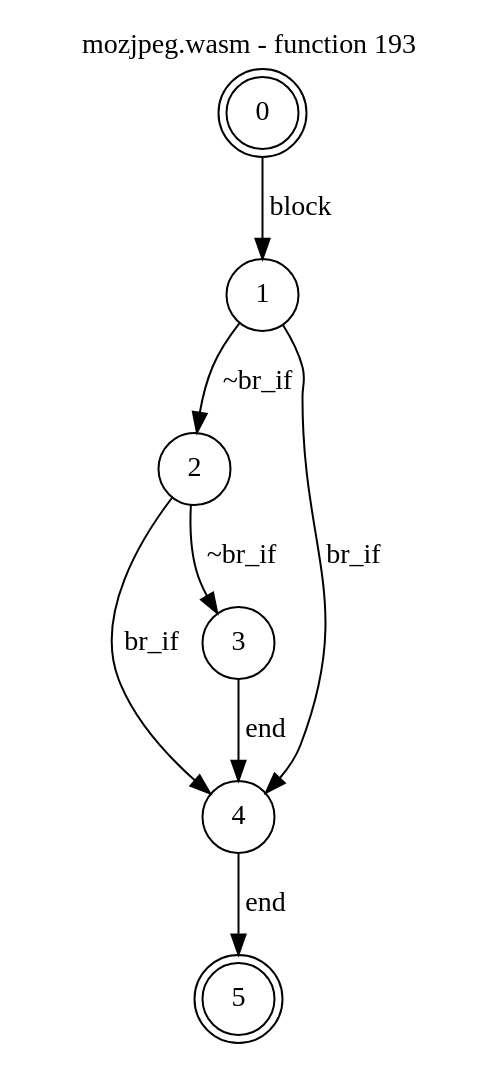
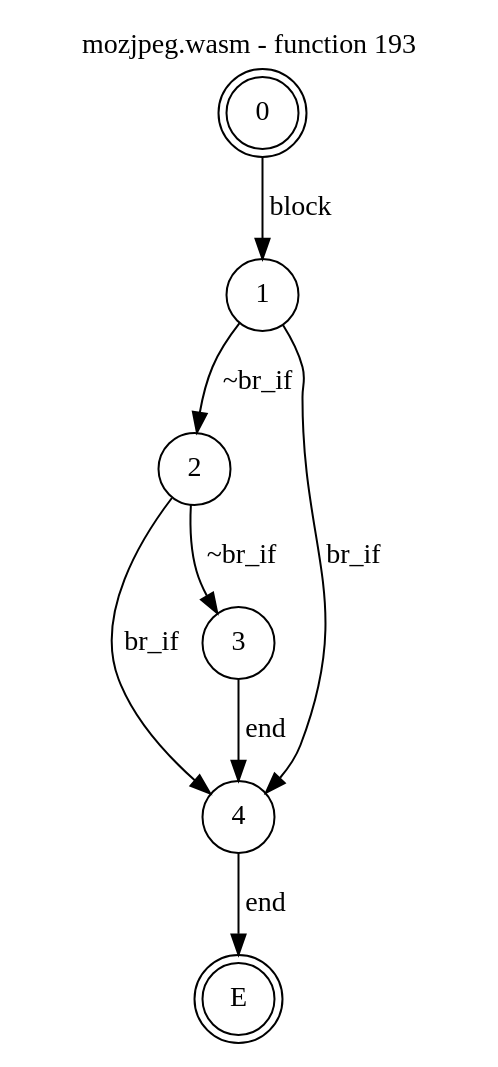
One commit to jsCarleton/wanalyze changed the diagram in test_cases/mozjpeg/funcs/mozjpeg-func193.dot. Above: the diagram before and after it, drawn with Graphviz. The commit also changed 516 other files, not shown here.

```diff
--- a/test_cases/mozjpeg/funcs/mozjpeg-func193.dot
+++ b/test_cases/mozjpeg/funcs/mozjpeg-func193.dot
@@ -1,16 +1,16 @@
 digraph finite_state_machine {
     label = "mozjpeg.wasm - function 193"
     labelloc =  t
     labelfontsize = 16
     labelfontcolor = black
     labelfontname = "Helvetica"
-    node [shape = doublecircle]; 0 5;
+    node [shape = doublecircle]; 0 E ;
     node [shape = circle];
     0 -> 1[label="block"];
     1 -> 2[label="~br_if"];
     1 -> 4[label="br_if"];
     2 -> 3[label="~br_if"];
     2 -> 4[label="br_if"];
     3 -> 4[label="end"];
-    4 -> 5[label="end"];
+    4 -> E[label="end"];
 }
```
